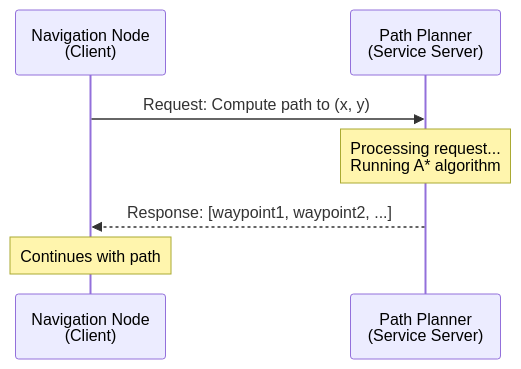
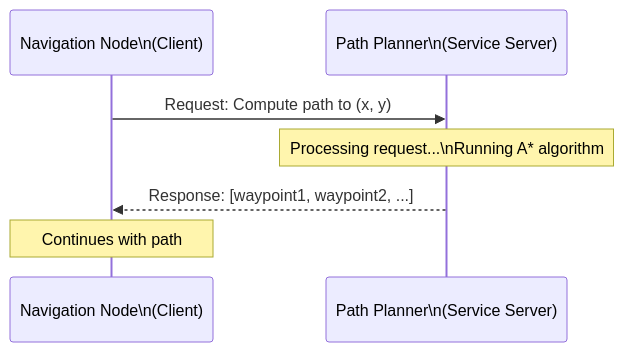
The diagram in frontend/docs/module-1-ros2/week-3/chapter-5-services.mdx (hibasheikh90/speckit_book), drawn with Mermaid before and after one commit. The commit also changed 7 other files, not shown here.

````diff
--- a/frontend/docs/module-1-ros2/week-3/chapter-5-services.mdx
+++ b/frontend/docs/module-1-ros2/week-3/chapter-5-services.mdx
@@ -38,11 +38,11 @@
 ```mermaid
 sequenceDiagram
-    participant Client as Navigation Node<br/>(Client)
-    participant Service as Path Planner<br/>(Service Server)
+    participant Client as Navigation Node\n(Client)
+    participant Service as Path Planner\n(Service Server)
 
     Client->>Service: Request: Compute path to (x, y)
-    Note over Service: Processing request...<br/>Running A* algorithm
+    Note over Service: Processing request...\nRunning A* algorithm
     Service-->>Client: Response: [waypoint1, waypoint2, ...]
 
     Note over Client: Continues with path
 ```
````
